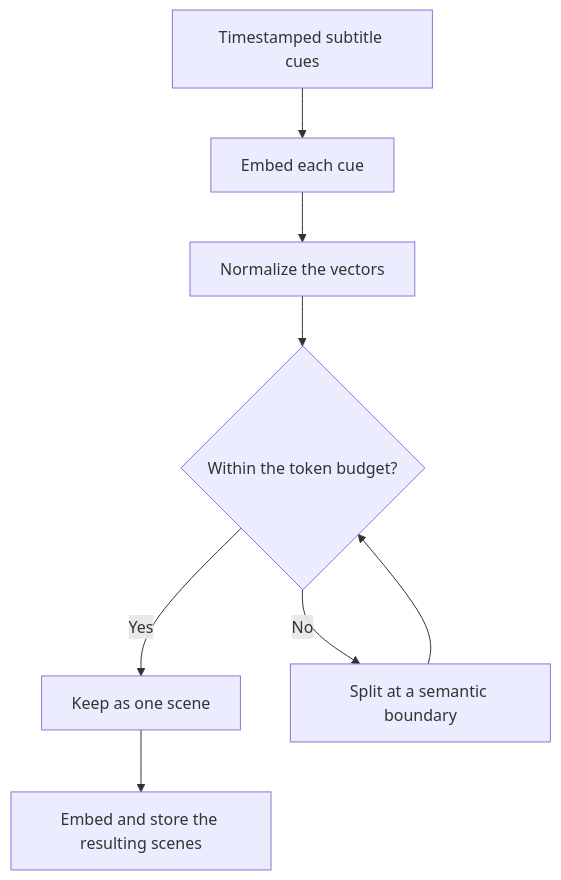
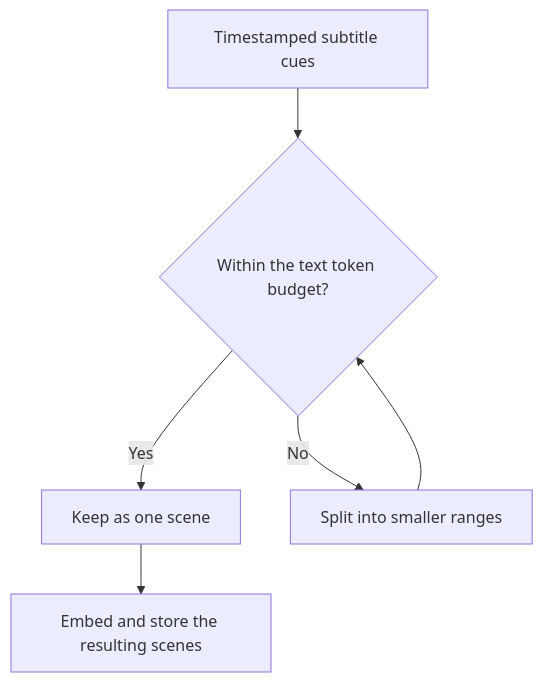
Before and after one commit to yukiharada1228/videoq: the diagram in docs/architecture/transcription-and-search.md, drawn with Mermaid. The commit also changed other lines of this file and 369 other files, not shown here.

````diff
--- a/docs/architecture/transcription-and-search.md
+++ b/docs/architecture/transcription-and-search.md
@@ -25,10 +27,8 @@
 ```mermaid
 flowchart TD
-    S[Timestamped subtitle cues] --> E[Embed each cue]
-    E --> N[Normalize the vectors]
-    N --> T{Within the token budget?}
+    S[Timestamped subtitle cues] --> T{Within the text token budget?}
     T -->|Yes| K[Keep as one scene]
-    T -->|No| B[Split at a semantic boundary]
+    T -->|No| B[Split into smaller ranges]
     B --> T
     K --> I[Embed and store the resulting scenes]
 ```
````
